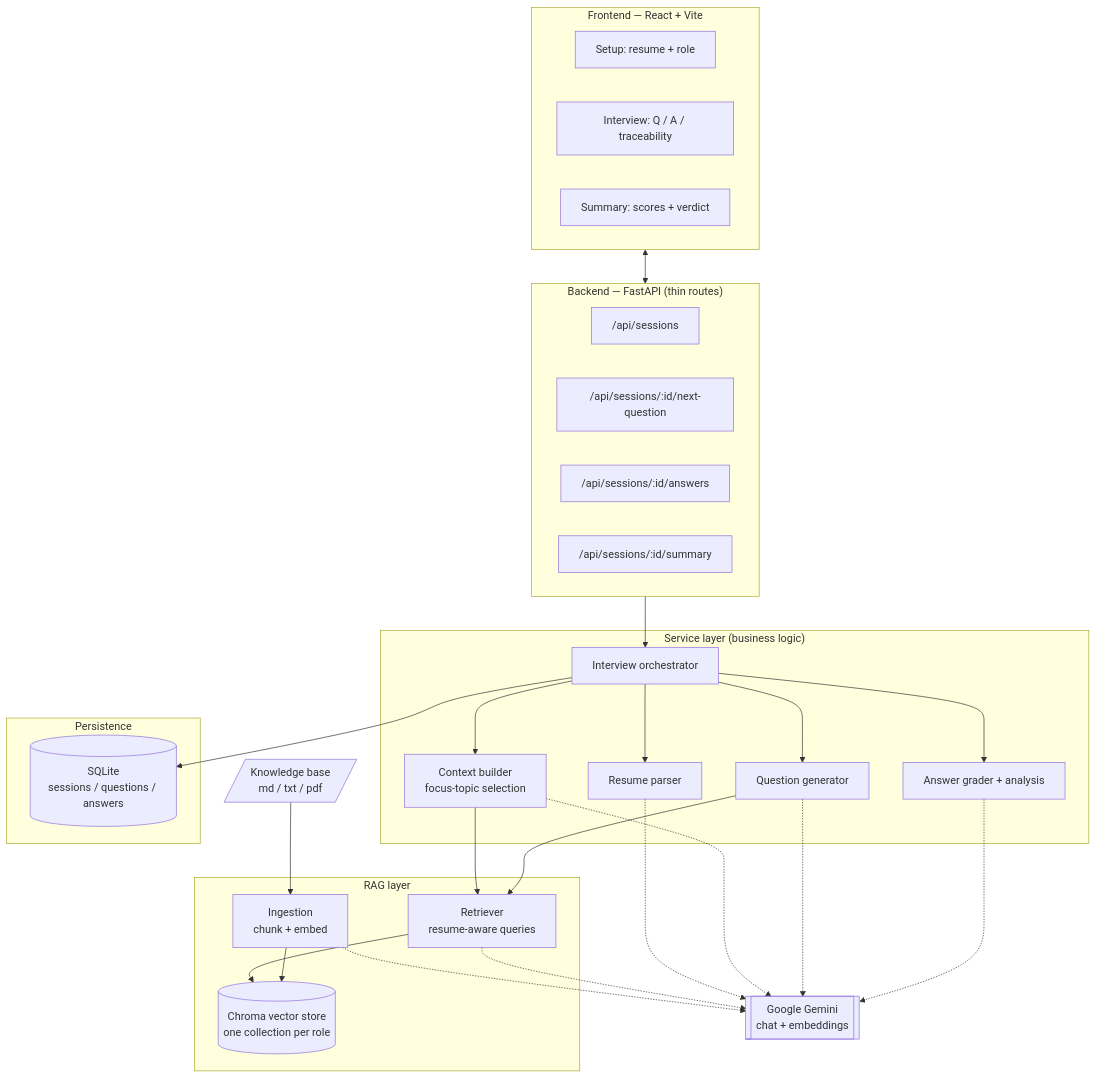
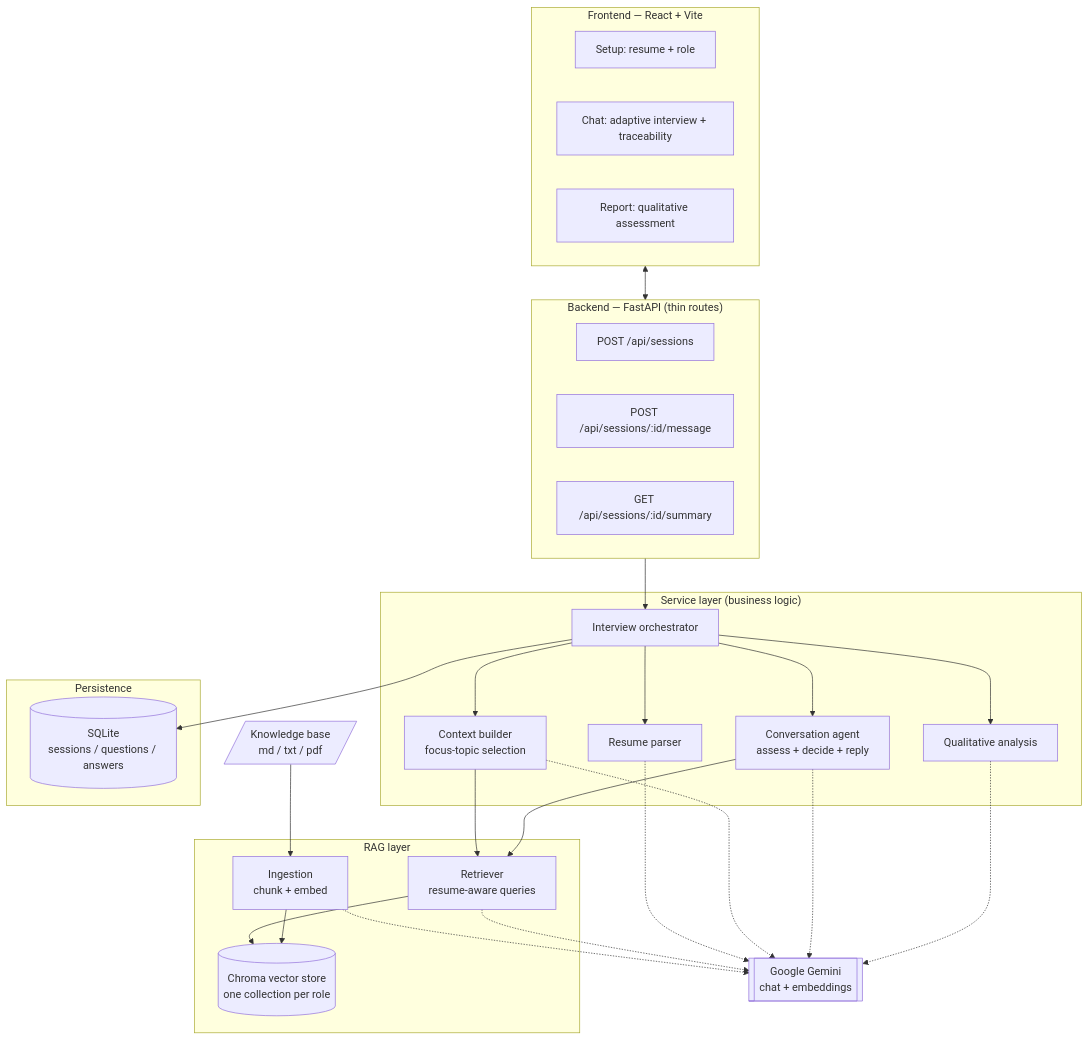
The diagram in README.md (Adityasethi27/ai-interview-screening), drawn with Mermaid before and after one commit. The commit also changed other lines of this file and 25 other files, not shown here.

First line of the commit message:
Redesign as adaptive conversational interview with minimal chat UI

````diff
--- a/README.md
+++ b/README.md
@@ -56,49 +61,48 @@
 ```mermaid
 flowchart TB
     subgraph FE["Frontend — React + Vite"]
         UI1[Setup: resume + role]
-        UI2[Interview: Q / A / traceability]
-        UI3[Summary: scores + verdict]
+        UI2[Chat: adaptive interview + traceability]
+        UI3[Report: qualitative assessment]
     end
 
     subgraph API["Backend — FastAPI (thin routes)"]
-        R1["/api/sessions"]
-        R2["/api/sessions/:id/next-question"]
-        R3["/api/sessions/:id/answers"]
-        R4["/api/sessions/:id/summary"]
+        R1["POST /api/sessions"]
+        R2["POST /api/sessions/:id/message"]
+        R4["GET /api/sessions/:id/summary"]
     end
 
     subgraph SVC["Service layer (business logic)"]
         RP[Resume parser]
         CB[Context builder<br/>focus-topic selection]
-        QG[Question generator]
-        EV[Answer grader + analysis]
+        QG[Conversation agent<br/>assess + decide + reply]
+        EV[Qualitative analysis]
         IN[Interview orchestrator]
     end
 
     subgraph RAG["RAG layer"]
         ING[Ingestion<br/>chunk + embed]
         RET[Retriever<br/>resume-aware queries]
         VS[(Chroma vector store<br/>one collection per role)]
     end
 
     subgraph DATA["Persistence"]
         DB[(SQLite<br/>sessions / questions / answers)]
     end
 
     LLM[["Google Gemini<br/>chat + embeddings"]]
     KB[/Knowledge base<br/>md / txt / pdf/]
 
     FE <--> API
     API --> IN
     IN --> RP & CB & QG & EV
     CB --> RET
     QG --> RET
     RET --> VS
     ING --> VS
     KB --> ING
     RP & CB & QG & EV -.-> LLM
     ING -.-> LLM
     RET -.-> LLM
     IN --> DB
 ```
````
